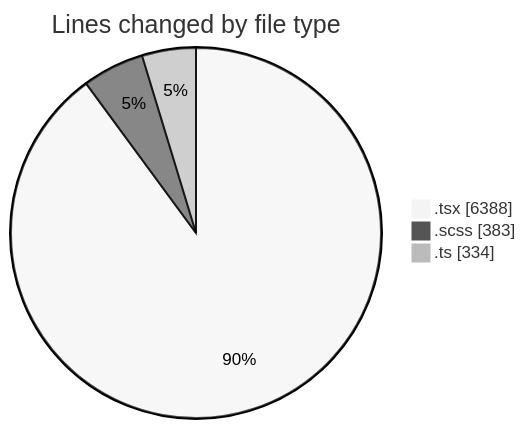
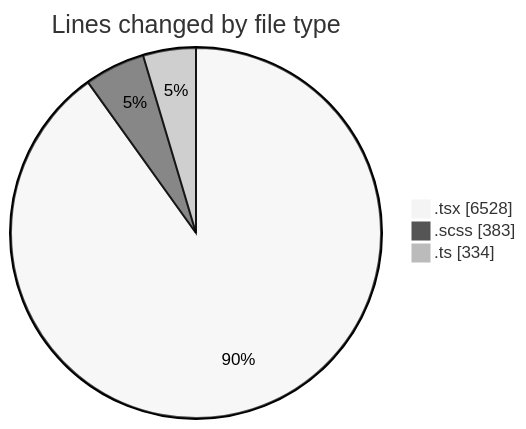
The first of 2 diagrams in 2025-07-03/cda/README.md (momahboobian/code-tracking), drawn with Mermaid (neutral theme) before and after one commit. The commit also changed other lines of this file and 1 other file, not shown here.

````diff
--- a/2025-07-03/cda/README.md
+++ b/2025-07-03/cda/README.md
@@ -40,7 +41,7 @@
 ```mermaid
 pie showData
 title Lines changed by file type
-".tsx" : 6388
+".tsx" : 6528
 ".scss" : 383
 ".ts" : 334
 ```
````
